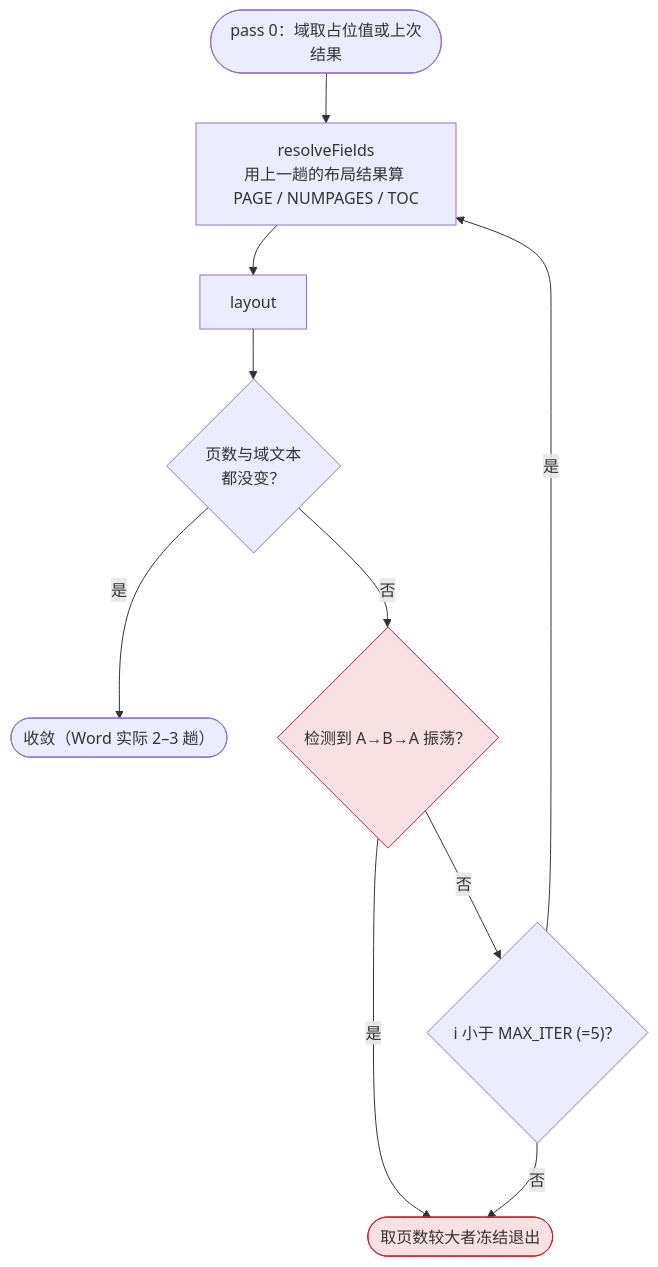
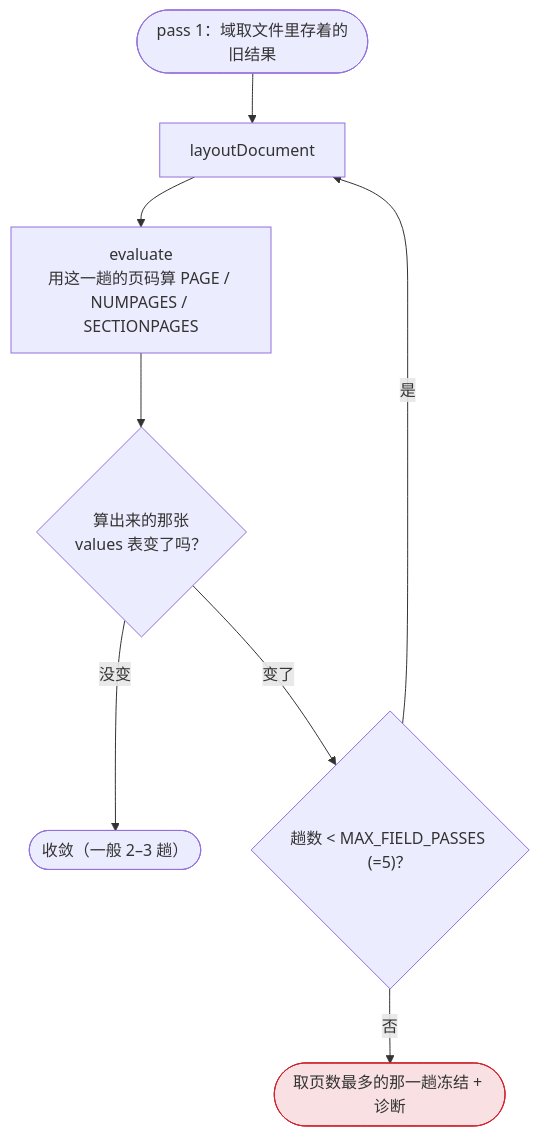
One commit to shedan9/ultimate-word-js changed the fifth of 7 diagrams in docs/architecture.md. Above: the diagram before and after it, drawn with Mermaid. The commit also changed other lines of this file and 17 other files, not shown here.

First line of the commit message:
feat(layout,model): 域求值 —— PAGE / NUMPAGES 迭代到自洽，分页解锁的第二件事

````diff
--- a/docs/architecture.md
+++ b/docs/architecture.md
@@ -434,15 +438,12 @@
 ```mermaid
 flowchart TB
-  s(["pass 0：域取占位值或上次结果"]) --> r["resolveFields<br/>用上一趟的布局结果算 PAGE / NUMPAGES / TOC"]
-  r --> l["layout"]
-  l --> c{"页数与域文本<br/>都没变？"}
-  c -->|是| done(["收敛（Word 实际 2–3 趟）"])
-  c -->|否| o{"检测到 A→B→A 振荡？"}
-  o -->|是| f(["取页数较大者冻结退出"])
-  o -->|否| i{"i 小于 MAX_ITER (=5)？"}
-  i -->|是| r
-  i -->|否| f
+  s(["pass 1：域取文件里存着的旧结果"]) --> l["layoutDocument"]
+  l --> r["evaluate<br/>用这一趟的页码算 PAGE / NUMPAGES / SECTIONPAGES"]
+  r --> c{"算出来的那张<br/>values 表变了吗？"}
+  c -->|没变| done(["收敛（一般 2–3 趟）"])
+  c -->|变了| i{"趟数 < MAX_FIELD_PASSES (=5)？"}
+  i -->|是| l
+  i -->|否| f(["取页数最多的那一趟冻结 + 诊断"])
 
-  style o fill:#cf222e22,stroke:#cf222e
   style f fill:#cf222e22,stroke:#cf222e
 ```
````
